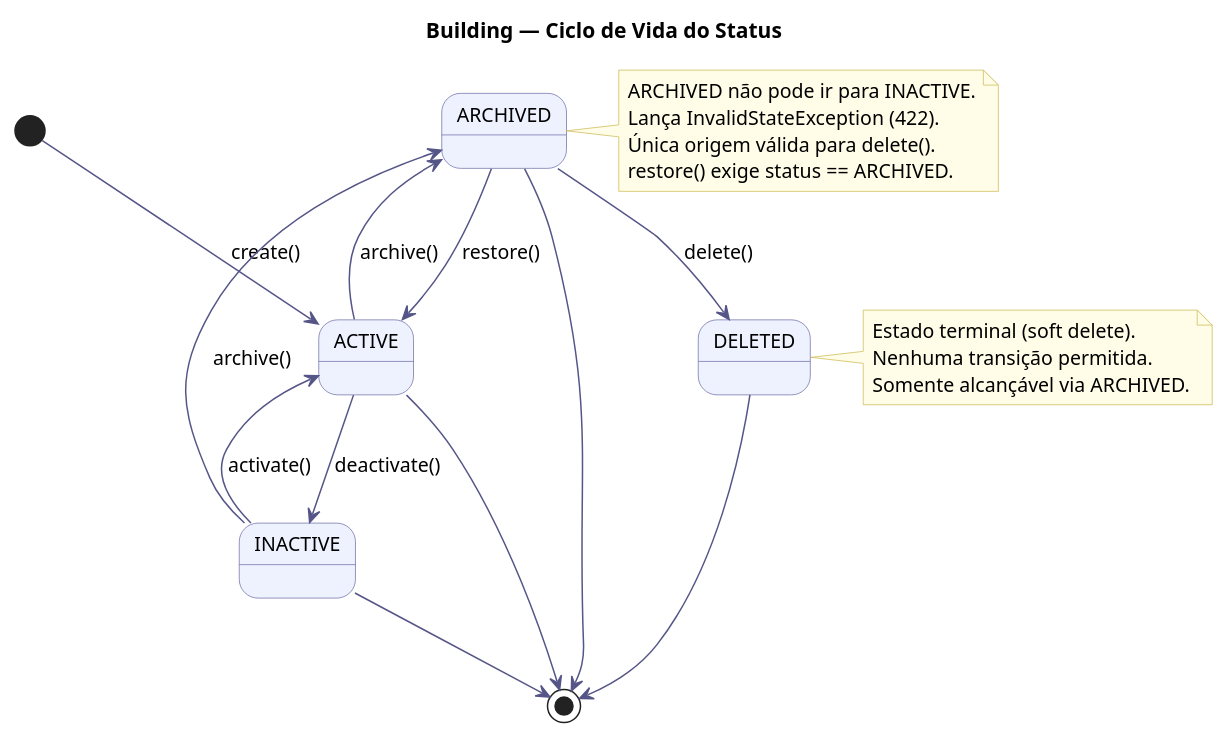
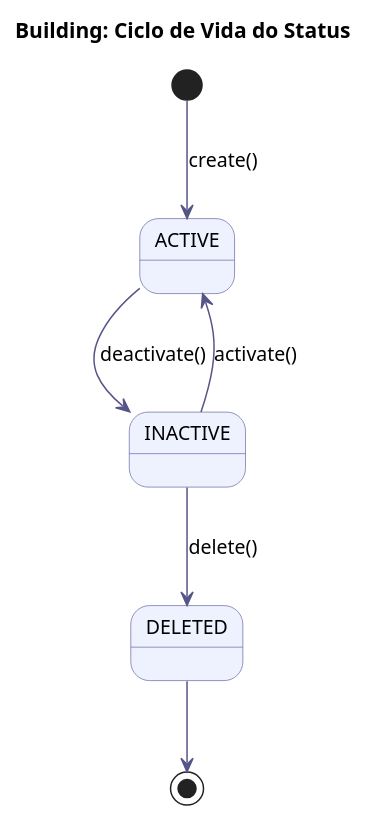
The diagram in src/plantuml/estado/building_status.puml (Neoguara/rooms-diagrams), drawn with PlantUML before and after one commit. The commit also changed 7 other files, not shown here.

Commit message:
update diagrams

```diff
--- a/src/plantuml/estado/building_status.puml
+++ b/src/plantuml/estado/building_status.puml
@@ -1,43 +1,22 @@
 @startuml building_status
 
-title Building — Ciclo de Vida do Status
+title Building: Ciclo de Vida do Status
 
 skinparam state {
   BackgroundColor #EEF2FF
   BorderColor #7070AA
   ArrowColor #555588
   FontSize 13
 }
 skinparam noteBackgroundColor #FFFDE7
 skinparam noteBorderColor #CCBB55
 
 [*] --> ACTIVE : create()
 
 ACTIVE   --> INACTIVE : deactivate()
-ACTIVE   --> ARCHIVED : archive()
-ACTIVE   --> [*]
-
 INACTIVE --> ACTIVE   : activate()
-INACTIVE --> ARCHIVED : archive()
-INACTIVE --> [*]
-
-ARCHIVED --> ACTIVE   : restore()
-ARCHIVED --> DELETED  : delete()
-ARCHIVED --> [*]
+INACTIVE --> DELETED  : delete()
 
 DELETED --> [*]
 
-note right of ARCHIVED
-  ARCHIVED não pode ir para INACTIVE.
-  Lança InvalidStateException (422).
-  Única origem válida para delete().
-  restore() exige status == ARCHIVED.
-end note
-
-note right of DELETED
-  Estado terminal (soft delete).
-  Nenhuma transição permitida.
-  Somente alcançável via ARCHIVED.
-end note
-
 @enduml
```
